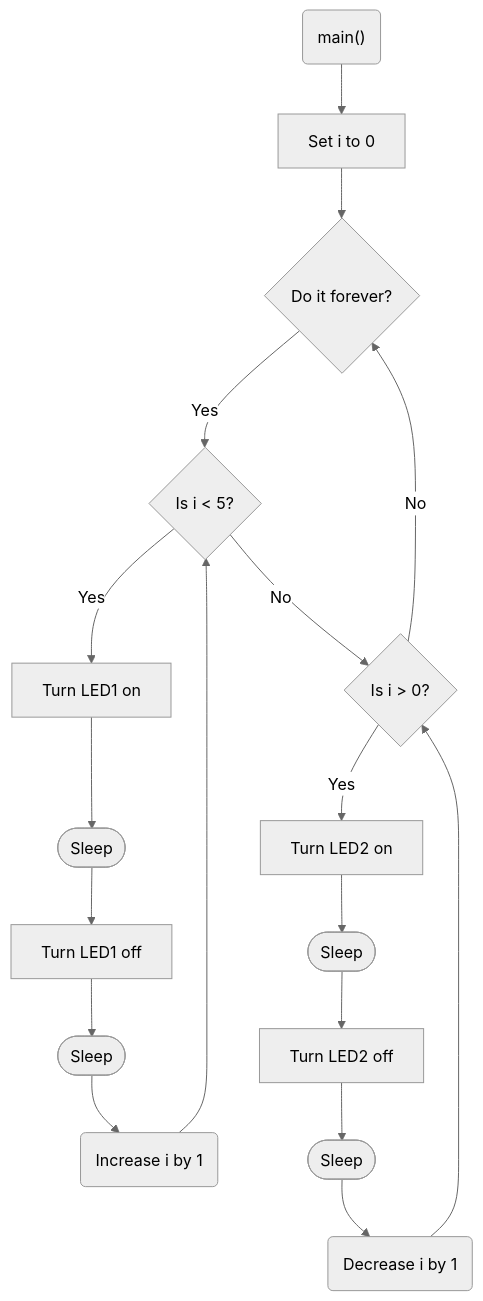
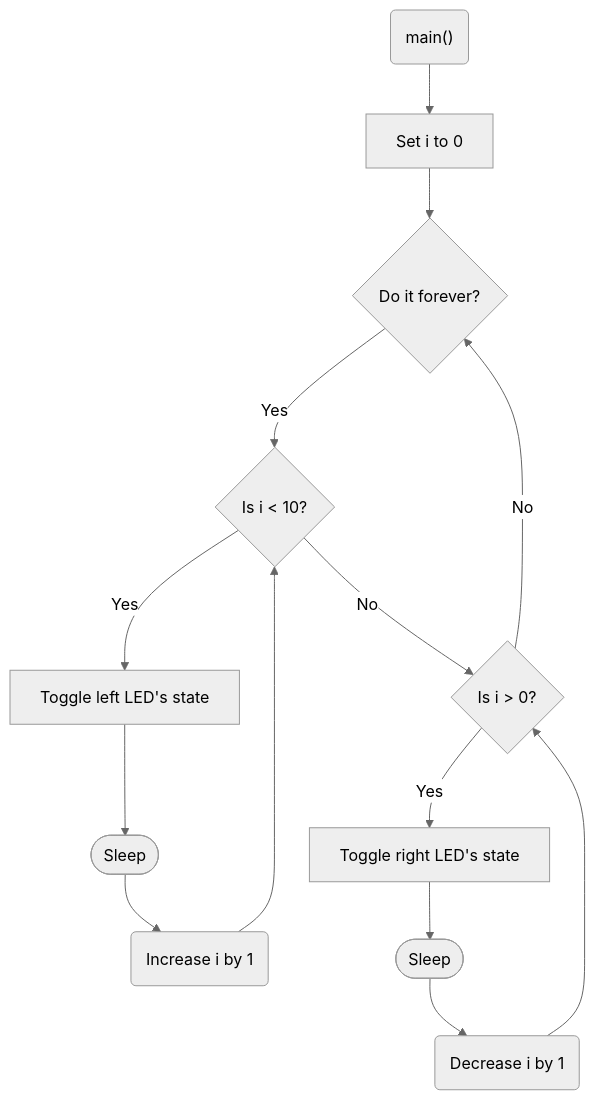
One commit to JohnMLarkin/EN173-LabGuides changed the second of 2 diagrams in modules/ROOT/pages/lab1.adoc. Above: the diagram before and after it, drawn with Mermaid (neutral theme). The commit also changed other lines of this file, not shown here.

```diff
--- a/modules/ROOT/pages/lab1.adoc
+++ b/modules/ROOT/pages/lab1.adoc
@@ -142,21 +142,17 @@
 [mermaid,fetch-users]
 ....
 graph TB
   B("main()") --> C[Set i to 0]
   C --> D{Do it forever?}
-  D -- Yes --> E{Is i < 5?}
-  E -- Yes --> F[Turn LED1 on]
-  E -- No --> K{Is i > 0?}
+  D -- Yes --> E{Is i < 10?}
+  E -- Yes --> F[Toggle left LED's state]
+  E -- No --> I{Is i > 0?}
   F --> G([Sleep])
-  G --> H[Turn LED1 off]
-  H --> I([Sleep])
-  I --> J(Increase i by 1)
-  J --> E
-  K -- Yes --> L[Turn LED2 on]
+  G --> H(Increase i by 1)
+  H --> E
+  I -- Yes --> L[Toggle right LED's state]
   L --> M([Sleep])
-  M --> N[Turn LED2 off]
-  N --> O([Sleep])
-  O --> P(Decrease i by 1)
-  P --> K
-  K -- No --> D
+  M --> N(Decrease i by 1)
+  N --> I
+  I -- No --> D
 ....
```
